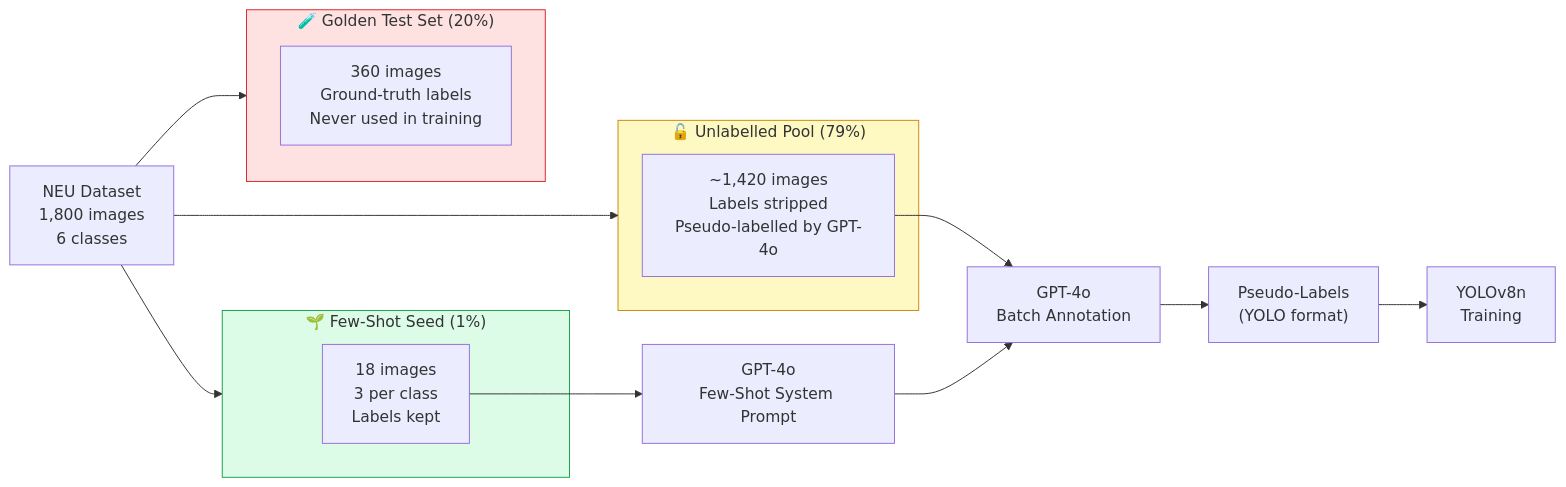
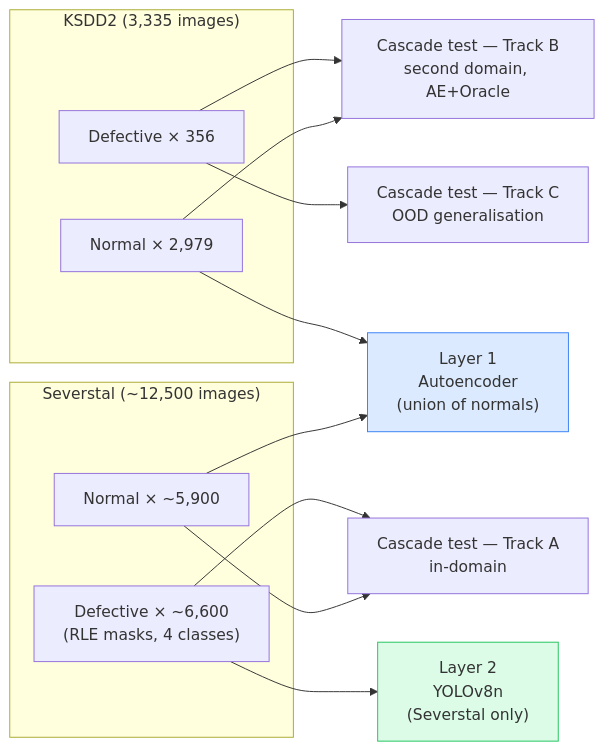
The diagram in website/data-strategy.qmd (j-jayes/Scratching-the-Surface), drawn with Mermaid before and after one commit. The commit also changed other lines of this file and 73 other files, not shown here.

First line of the commit message:
Phase J + K: PatchCore L1, production YOLO, cost-calibrated cascade, cached Oracle, narrative website

````diff
--- a/website/data-strategy.qmd
+++ b/website/data-strategy.qmd
@@ -49,32 +28,32 @@
 ```{mermaid}
-%%| label: fig-split
-%%| fig-cap: "Dataset split strategy"
+%%| label: fig-datasets
+%%| fig-cap: "Where each dataset feeds the cascade"
 flowchart LR
-    RAW["NEU Dataset\n1,800 images\n6 classes"]
-
-    subgraph SEED["🌱 Few-Shot Seed (1%)"]
-        S["18 images\n3 per class\nLabels kept"]
+    subgraph KSDD["KSDD2 (3,335 images)"]
+        K_NORM["Normal × 2,979"]
+        K_DEF["Defective × 356"]
     end
 
-    subgraph UNLABELLED["🔓 Unlabelled Pool (79%)"]
-        U["~1,420 images\nLabels stripped\nPseudo-labelled by GPT-4o"]
+    subgraph SEV["Severstal (~12,500 images)"]
+        S_NORM["Normal × ~5,900"]
+        S_DEF["Defective × ~6,600<br/>(RLE masks, 4 classes)"]
     end
 
-    subgraph TEST["🧪 Golden Test Set (20%)"]
-        T["360 images\nGround-truth labels\nNever used in training"]
-    end
+    AE["Layer 1<br/>Autoencoder<br/>(union of normals)"]
+    YOLO["Layer 2<br/>YOLOv8n<br/>(Severstal only)"]
+    OOD["Cascade test — Track C<br/>OOD generalisation"]
+    INDOM["Cascade test — Track A<br/>in-domain"]
+    KTEST["Cascade test — Track B<br/>second domain, AE+Oracle"]
 
-    RAW --> SEED
-    RAW --> UNLABELLED
-    RAW --> TEST
+    K_NORM --> AE
+    S_NORM --> AE
+    S_DEF  --> YOLO
+    S_DEF  --> INDOM
+    S_NORM --> INDOM
+    K_DEF  --> KTEST
+    K_NORM --> KTEST
+    K_DEF  --> OOD
 
-    S --> PROMPT["GPT-4o\nFew-Shot System Prompt"]
-    U --> GPT4O["GPT-4o\nBatch Annotation"]
-    PROMPT --> GPT4O
-    GPT4O --> PSEUDO["Pseudo-Labels\n(YOLO format)"]
-    PSEUDO --> YOLO["YOLOv8n\nTraining"]
-
-    style SEED fill:#dcfce7,stroke:#16a34a
-    style UNLABELLED fill:#fef9c3,stroke:#ca8a04
-    style TEST fill:#fee2e2,stroke:#dc2626
+    style AE fill:#dbeafe,stroke:#3b82f6
+    style YOLO fill:#dcfce7,stroke:#22c55e
 ```
````
